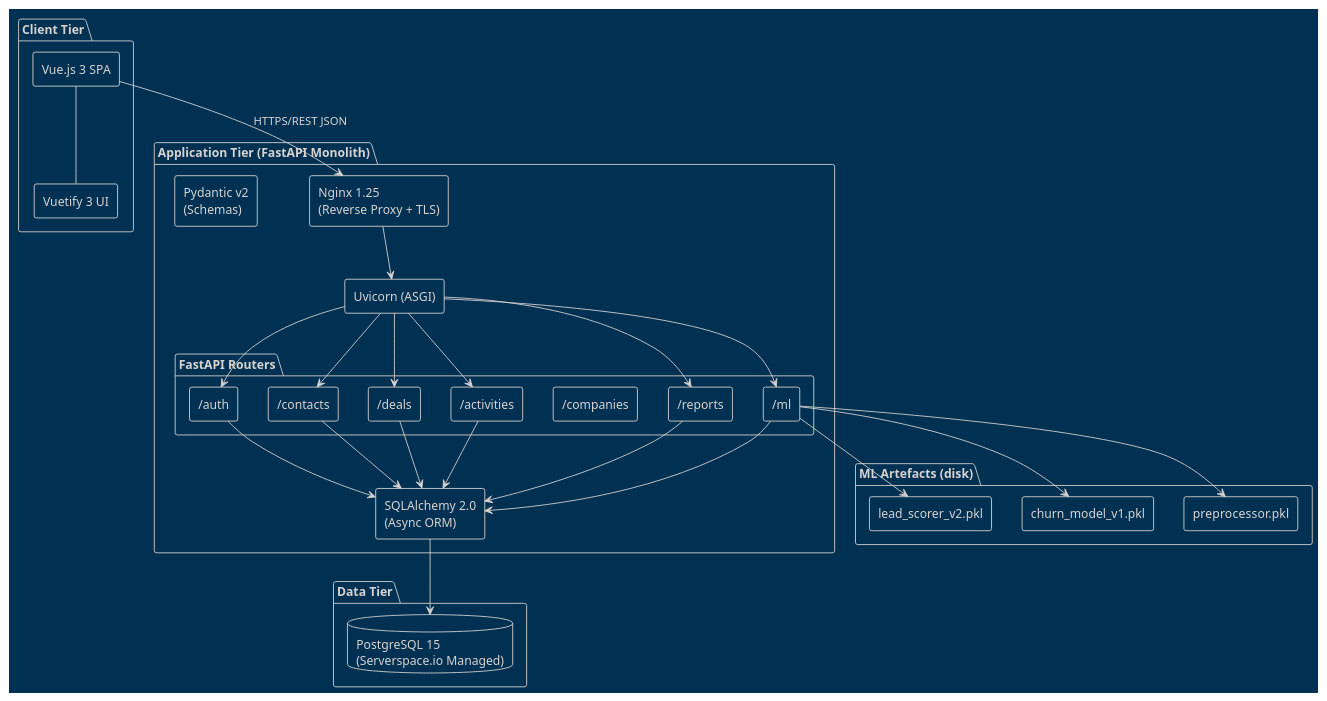
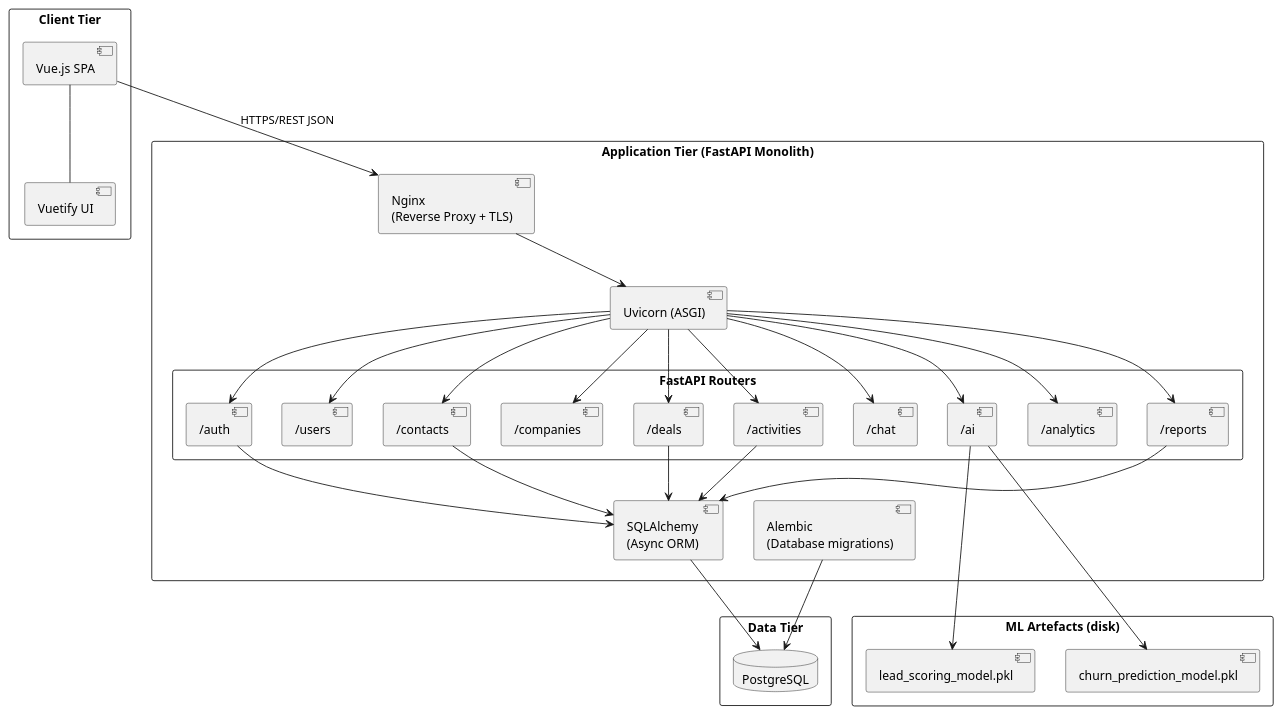
One commit to Isaksend/qcrm changed the diagram in manuscript/chapters/chapter04/fig/component_diagram.puml. Above: the diagram before and after it, drawn with PlantUML. The commit also changed other lines of this file and 16 other files, not shown here.

```diff
--- a/manuscript/chapters/chapter04/fig/component_diagram.puml
+++ b/manuscript/chapters/chapter04/fig/component_diagram.puml
@@ -1,55 +1,70 @@
 @startuml component_diagram
-!theme blueprint
-skinparam componentStyle rectangle
+
+skinparam shadowing false
+skinparam actorStyle awesome
+skinparam usecase {
+  BackgroundColor #F8FAFC
+  BorderColor #64748B
+}
+skinparam packageStyle rectangle
 
 package "Client Tier" {
-  [Vue.js 3 SPA] as VUE
-  [Vuetify 3 UI] as UI
+  [Vue.js SPA] as VUE
+  [Vuetify UI] as UI
   VUE -- UI
 }
 
 package "Application Tier (FastAPI Monolith)" {
-  [Nginx 1.25\n(Reverse Proxy + TLS)] as NGINX
+  [Nginx \n(Reverse Proxy + TLS)] as NGINX
   [Uvicorn (ASGI)] as UVICORN
   package "FastAPI Routers" {
     [/auth]       as AUTH
+    [/users]      as USERS
     [/contacts]   as CONTACTS
     [/companies]  as COMPANIES
     [/deals]      as DEALS
     [/activities] as ACTIVITIES
-    [/ml]         as ML
+    [/chat]       as CHAT
+    [/ai]         as AI
+    [/analytics]  as ANALYTICS
     [/reports]    as REPORTS
   }
-  [SQLAlchemy 2.0\n(Async ORM)] as ORM
-  [Pydantic v2\n(Schemas)]      as SCHEMAS
+  together {
+  [SQLAlchemy \n(Async ORM)] as ORM
+  [Alembic \n(Database migrations)] as MIGR	
+  }
   NGINX   --> UVICORN
   UVICORN --> AUTH
+  UVICORN --> USERS
   UVICORN --> CONTACTS
+  UVICORN --> COMPANIES
   UVICORN --> DEALS
   UVICORN --> ACTIVITIES
-  UVICORN --> ML
+  UVICORN --> CHAT
+  UVICORN --> AI
+  UVICORN --> ANALYTICS
   UVICORN --> REPORTS
   AUTH       --> ORM
   CONTACTS   --> ORM
   DEALS      --> ORM
   ACTIVITIES --> ORM
-  ML         --> ORM
   REPORTS    --> ORM
 }
 
+together {
 package "ML Artefacts (disk)" {
-  [lead_scorer_v2.pkl]  as LS
-  [churn_model_v1.pkl]  as CM
-  [preprocessor.pkl]    as PP
+  [lead_scoring_model.pkl]  as LS
+  [churn_prediction_model.pkl]  as CM
 }
 
 package "Data Tier" {
-  database "PostgreSQL 15\n(Serverspace.io Managed)" as PG
+  database "PostgreSQL" as PG
 }
 
+}
 VUE  --> NGINX : HTTPS/REST JSON
 ORM  --> PG
-ML   --> LS
-ML   --> CM
-ML   --> PP
+MIGR --> PG
+AI   --> LS
+AI   --> CM
 @enduml
```
